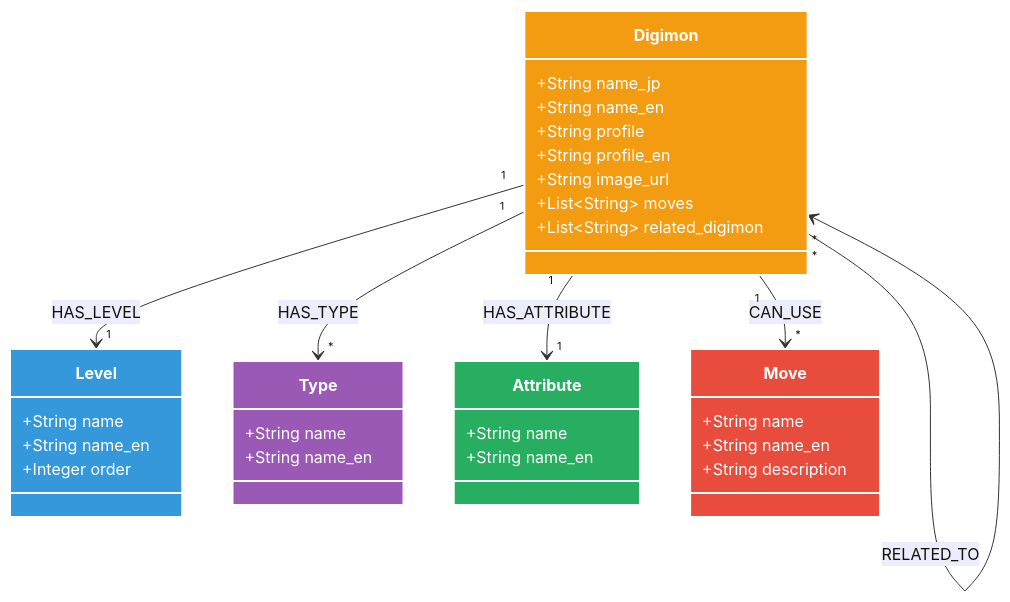
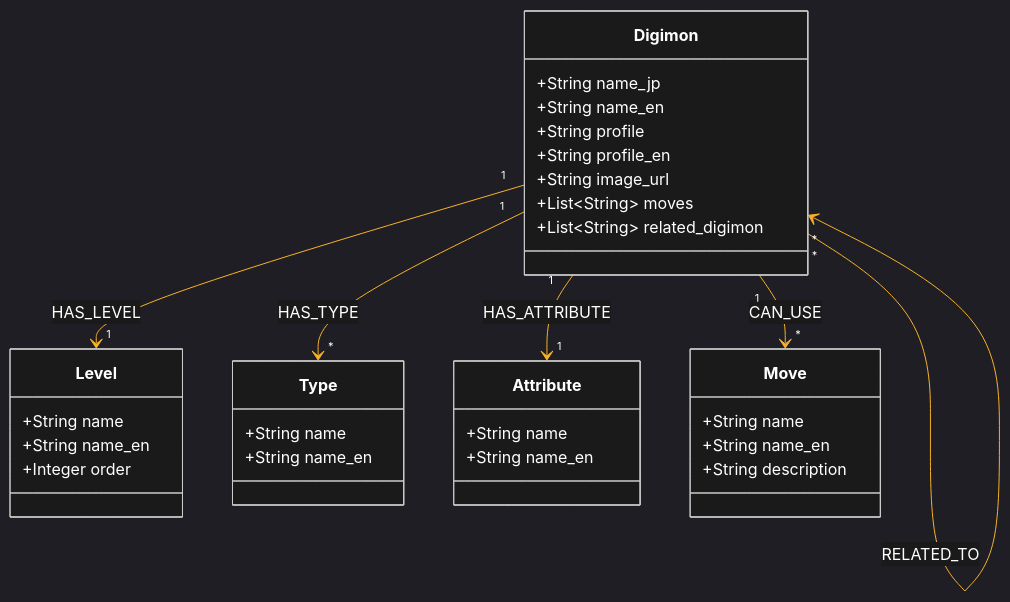
One commit to Ricoledan/digimon-knowledge-graph changed the fifth of 5 diagrams in CLAUDE.md. Above: the diagram before and after it, drawn with Mermaid. The commit also changed other lines of this file, not shown here.

Commit message:
add diagrams

````diff
--- a/CLAUDE.md
+++ b/CLAUDE.md
@@ -356,46 +368,41 @@
 ```mermaid
+%%{init: {'theme':'dark', 'themeVariables': { 'primaryColor':'#1a1a1a', 'primaryTextColor':'#fff', 'primaryBorderColor':'#7C0000', 'lineColor':'#F8B229', 'secondaryColor':'#006100', 'tertiaryColor':'#2c3e50', 'background':'#1a1a1a', 'mainBkg':'#1a1a1a', 'secondBkg':'#2c3e50', 'tertiaryBkg':'#34495e', 'primaryBorderColor':'#fff', 'secondaryBorderColor':'#fff', 'tertiaryBorderColor':'#fff', 'clusterBkg':'#2c3e50', 'clusterBorder':'#fff', 'fontFamily':'monospace'}}}%%
 classDiagram
     class Digimon {
         +String name_jp
         +String name_en
         +String profile
         +String profile_en
         +String image_url
         +List~String~ moves
         +List~String~ related_digimon
     }
     
     class Level {
         +String name
         +String name_en
         +Integer order
     }
     
     class Type {
         +String name
         +String name_en
     }
     
     class Attribute {
         +String name
         +String name_en
     }
     
     class Move {
         +String name
         +String name_en
         +String description
     }
     
     Digimon "1" --> "1" Level : HAS_LEVEL
     Digimon "1" --> "*" Type : HAS_TYPE
     Digimon "1" --> "1" Attribute : HAS_ATTRIBUTE
     Digimon "1" --> "*" Move : CAN_USE
     Digimon "*" --> "*" Digimon : RELATED_TO
-    
-    style Digimon fill:#f39c12,stroke:#fff,stroke-width:2px,color:#fff
-    style Level fill:#3498db,stroke:#fff,stroke-width:2px,color:#fff
-    style Type fill:#9b59b6,stroke:#fff,stroke-width:2px,color:#fff
-    style Attribute fill:#27ae60,stroke:#fff,stroke-width:2px,color:#fff
-    style Move fill:#e74c3c,stroke:#fff,stroke-width:2px,color:#fff
 ```
````
